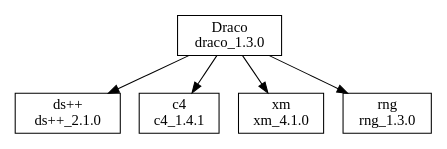
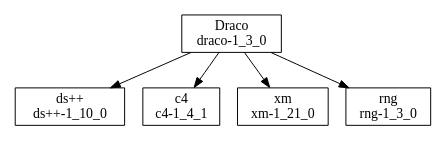
One commit to losalamos/Draco changed the diagram in doc/release/drelease.dot. Above: the diagram before and after it, drawn with Graphviz. The commit also changed 4 other files, not shown here.

```diff
--- a/doc/release/drelease.dot
+++ b/doc/release/drelease.dot
@@ -1,14 +1,14 @@
 digraph draco_release {
 
 	center = 1;
 	size="4,4";
 	
 	node  [shape=box];
-	draco [label="Draco\ndraco_1.3.0"];
-	dsxx  [label="ds++\nds++_2.1.0"];
-	cfour [label="c4\nc4_1.4.1"];
-	xm    [label="xm\nxm_4.1.0"];
-	rng   [label="rng\nrng_1.3.0"];
+	draco [label="Draco\ndraco-1_3_0"];
+	dsxx  [label="ds++\nds++-1_10_0"];
+	cfour [label="c4\nc4-1_4_1"];
+	xm    [label="xm\nxm-1_21_0"];
+	rng   [label="rng\nrng-1_3_0"];
 
 	draco -> {dsxx cfour xm rng};
 }
```
